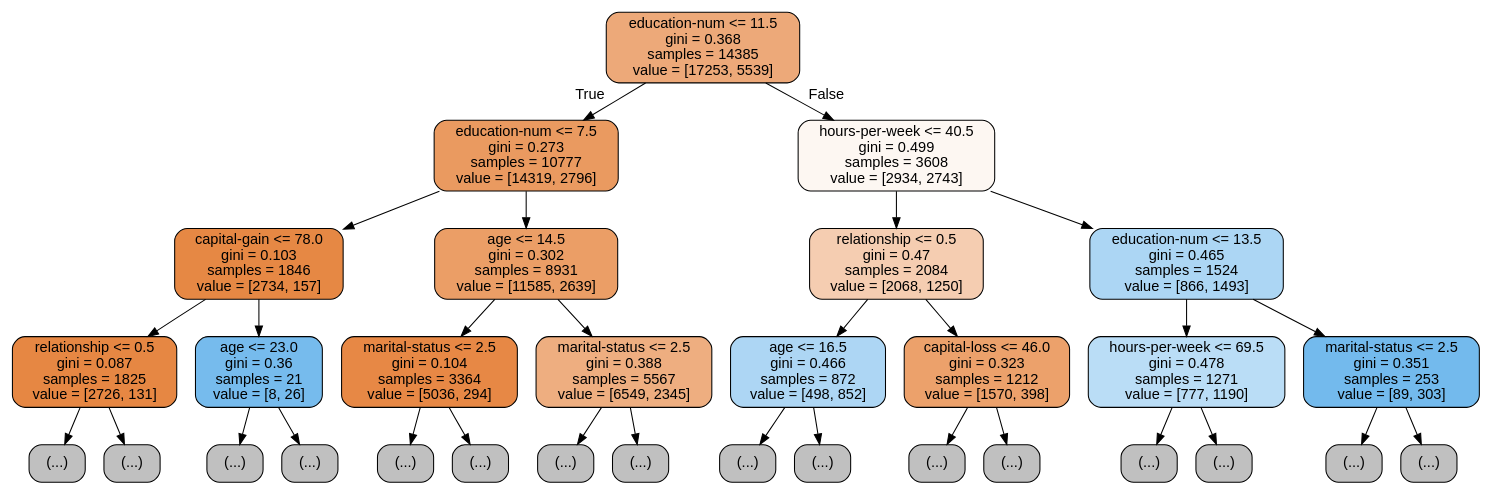
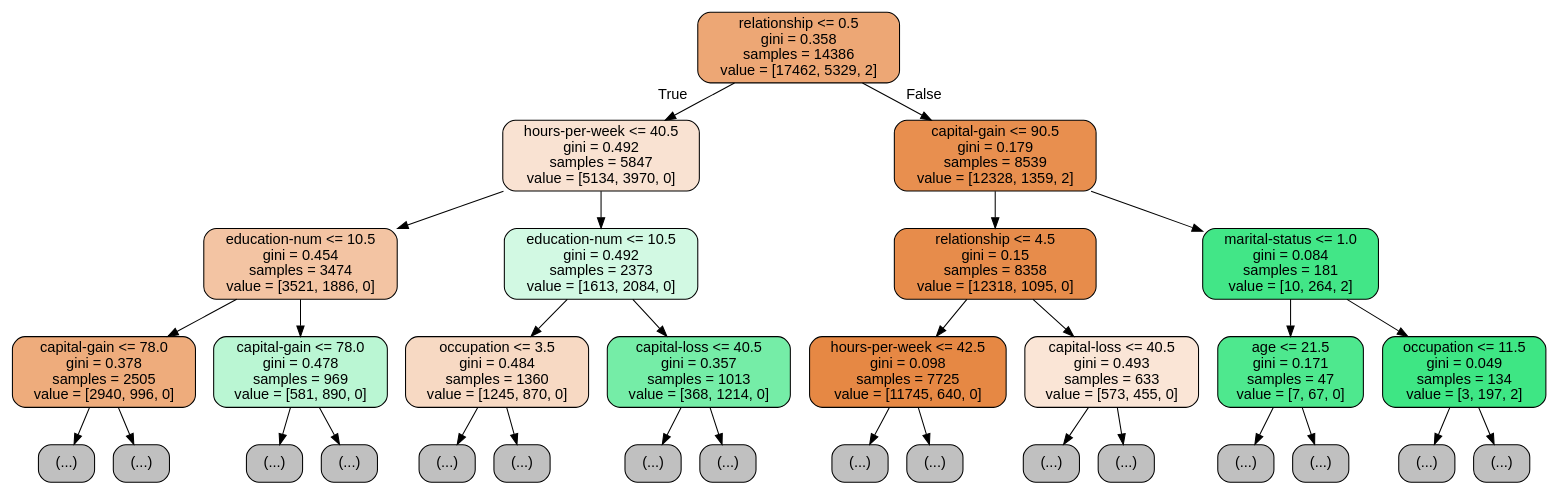
One commit to Banghyungjin/jupyter_test changed the diagram in tree2.dot. Above: the diagram before and after it, drawn with Graphviz. The commit also changed 4 other files, not shown here.

```diff
--- a/tree2.dot
+++ b/tree2.dot
@@ -1,65 +1,65 @@
 digraph Tree {
 node [shape=box, style="filled, rounded", color="black", fontname=helvetica] ;
 edge [fontname=helvetica] ;
-0 [label="education-num <= 11.5\ngini = 0.368\nsamples = 14385\nvalue = [17253, 5539]", fillcolor="#eda979"] ;
-1 [label="education-num <= 7.5\ngini = 0.273\nsamples = 10777\nvalue = [14319, 2796]", fillcolor="#ea9a60"] ;
+0 [label="relationship <= 0.5\ngini = 0.358\nsamples = 14386\nvalue = [17462, 5329, 2]", fillcolor="#eda775"] ;
+1 [label="hours-per-week <= 40.5\ngini = 0.492\nsamples = 5847\nvalue = [5134, 3970, 0]", fillcolor="#f9e2d2"] ;
 0 -> 1 [labeldistance=2.5, labelangle=45, headlabel="True"] ;
-2 [label="capital-gain <= 78.0\ngini = 0.103\nsamples = 1846\nvalue = [2734, 157]", fillcolor="#e68844"] ;
+2 [label="education-num <= 10.5\ngini = 0.454\nsamples = 3474\nvalue = [3521, 1886, 0]", fillcolor="#f3c4a3"] ;
 1 -> 2 ;
-3 [label="relationship <= 0.5\ngini = 0.087\nsamples = 1825\nvalue = [2726, 131]", fillcolor="#e68743"] ;
+3 [label="capital-gain <= 78.0\ngini = 0.378\nsamples = 2505\nvalue = [2940, 996, 0]", fillcolor="#eeac7c"] ;
 2 -> 3 ;
 4 [label="(...)", fillcolor="#C0C0C0"] ;
 3 -> 4 ;
-59 [label="(...)", fillcolor="#C0C0C0"] ;
-3 -> 59 ;
-102 [label="age <= 23.0\ngini = 0.36\nsamples = 21\nvalue = [8, 26]", fillcolor="#76bbed"] ;
+95 [label="(...)", fillcolor="#C0C0C0"] ;
+3 -> 95 ;
+102 [label="capital-gain <= 78.0\ngini = 0.478\nsamples = 969\nvalue = [581, 890, 0]", fillcolor="#baf6d3"] ;
 2 -> 102 ;
 103 [label="(...)", fillcolor="#C0C0C0"] ;
 102 -> 103 ;
-104 [label="(...)", fillcolor="#C0C0C0"] ;
-102 -> 104 ;
-105 [label="age <= 14.5\ngini = 0.302\nsamples = 8931\nvalue = [11585, 2639]", fillcolor="#eb9e66"] ;
-1 -> 105 ;
-106 [label="marital-status <= 2.5\ngini = 0.104\nsamples = 3364\nvalue = [5036, 294]", fillcolor="#e78845"] ;
-105 -> 106 ;
-107 [label="(...)", fillcolor="#C0C0C0"] ;
-106 -> 107 ;
-162 [label="(...)", fillcolor="#C0C0C0"] ;
-106 -> 162 ;
-213 [label="marital-status <= 2.5\ngini = 0.388\nsamples = 5567\nvalue = [6549, 2345]", fillcolor="#eeae80"] ;
-105 -> 213 ;
-214 [label="(...)", fillcolor="#C0C0C0"] ;
-213 -> 214 ;
-307 [label="(...)", fillcolor="#C0C0C0"] ;
-213 -> 307 ;
-384 [label="hours-per-week <= 40.5\ngini = 0.499\nsamples = 3608\nvalue = [2934, 2743]", fillcolor="#fdf7f2"] ;
-0 -> 384 [labeldistance=2.5, labelangle=-45, headlabel="False"] ;
-385 [label="relationship <= 0.5\ngini = 0.47\nsamples = 2084\nvalue = [2068, 1250]", fillcolor="#f5cdb1"] ;
-384 -> 385 ;
-386 [label="age <= 16.5\ngini = 0.466\nsamples = 872\nvalue = [498, 852]", fillcolor="#add6f4"] ;
-385 -> 386 ;
-387 [label="(...)", fillcolor="#C0C0C0"] ;
-386 -> 387 ;
-402 [label="(...)", fillcolor="#C0C0C0"] ;
-386 -> 402 ;
-437 [label="capital-loss <= 46.0\ngini = 0.323\nsamples = 1212\nvalue = [1570, 398]", fillcolor="#eca16b"] ;
-385 -> 437 ;
-438 [label="(...)", fillcolor="#C0C0C0"] ;
-437 -> 438 ;
-529 [label="(...)", fillcolor="#C0C0C0"] ;
-437 -> 529 ;
-532 [label="education-num <= 13.5\ngini = 0.465\nsamples = 1524\nvalue = [866, 1493]", fillcolor="#acd6f4"] ;
-384 -> 532 ;
-533 [label="hours-per-week <= 69.5\ngini = 0.478\nsamples = 1271\nvalue = [777, 1190]", fillcolor="#baddf6"] ;
-532 -> 533 ;
-534 [label="(...)", fillcolor="#C0C0C0"] ;
-533 -> 534 ;
-597 [label="(...)", fillcolor="#C0C0C0"] ;
-533 -> 597 ;
-602 [label="marital-status <= 2.5\ngini = 0.351\nsamples = 253\nvalue = [89, 303]", fillcolor="#73baed"] ;
-532 -> 602 ;
-603 [label="(...)", fillcolor="#C0C0C0"] ;
-602 -> 603 ;
-624 [label="(...)", fillcolor="#C0C0C0"] ;
-602 -> 624 ;
+142 [label="(...)", fillcolor="#C0C0C0"] ;
+102 -> 142 ;
+143 [label="education-num <= 10.5\ngini = 0.492\nsamples = 2373\nvalue = [1613, 2084, 0]", fillcolor="#d2f9e3"] ;
+1 -> 143 ;
+144 [label="occupation <= 3.5\ngini = 0.484\nsamples = 1360\nvalue = [1245, 870, 0]", fillcolor="#f7d9c3"] ;
+143 -> 144 ;
+145 [label="(...)", fillcolor="#C0C0C0"] ;
+144 -> 145 ;
+192 [label="(...)", fillcolor="#C0C0C0"] ;
+144 -> 192 ;
+273 [label="capital-loss <= 40.5\ngini = 0.357\nsamples = 1013\nvalue = [368, 1214, 0]", fillcolor="#75eda7"] ;
+143 -> 273 ;
+274 [label="(...)", fillcolor="#C0C0C0"] ;
+273 -> 274 ;
+275 [label="(...)", fillcolor="#C0C0C0"] ;
+273 -> 275 ;
+280 [label="capital-gain <= 90.5\ngini = 0.179\nsamples = 8539\nvalue = [12328, 1359, 2]", fillcolor="#e88f4f"] ;
+0 -> 280 [labeldistance=2.5, labelangle=-45, headlabel="False"] ;
+281 [label="relationship <= 4.5\ngini = 0.15\nsamples = 8358\nvalue = [12318, 1095, 0]", fillcolor="#e78c4b"] ;
+280 -> 281 ;
+282 [label="hours-per-week <= 42.5\ngini = 0.098\nsamples = 7725\nvalue = [11745, 640, 0]", fillcolor="#e68844"] ;
+281 -> 282 ;
+283 [label="(...)", fillcolor="#C0C0C0"] ;
+282 -> 283 ;
+376 [label="(...)", fillcolor="#C0C0C0"] ;
+282 -> 376 ;
+487 [label="capital-loss <= 40.5\ngini = 0.493\nsamples = 633\nvalue = [573, 455, 0]", fillcolor="#fae5d6"] ;
+281 -> 487 ;
+488 [label="(...)", fillcolor="#C0C0C0"] ;
+487 -> 488 ;
+539 [label="(...)", fillcolor="#C0C0C0"] ;
+487 -> 539 ;
+544 [label="marital-status <= 1.0\ngini = 0.084\nsamples = 181\nvalue = [10, 264, 2]", fillcolor="#42e687"] ;
+280 -> 544 ;
+545 [label="age <= 21.5\ngini = 0.171\nsamples = 47\nvalue = [7, 67, 0]", fillcolor="#4ee88e"] ;
+544 -> 545 ;
+546 [label="(...)", fillcolor="#C0C0C0"] ;
+545 -> 546 ;
+547 [label="(...)", fillcolor="#C0C0C0"] ;
+545 -> 547 ;
+550 [label="occupation <= 11.5\ngini = 0.049\nsamples = 134\nvalue = [3, 197, 2]", fillcolor="#3ee684"] ;
+544 -> 550 ;
+551 [label="(...)", fillcolor="#C0C0C0"] ;
+550 -> 551 ;
+556 [label="(...)", fillcolor="#C0C0C0"] ;
+550 -> 556 ;
 }
```
